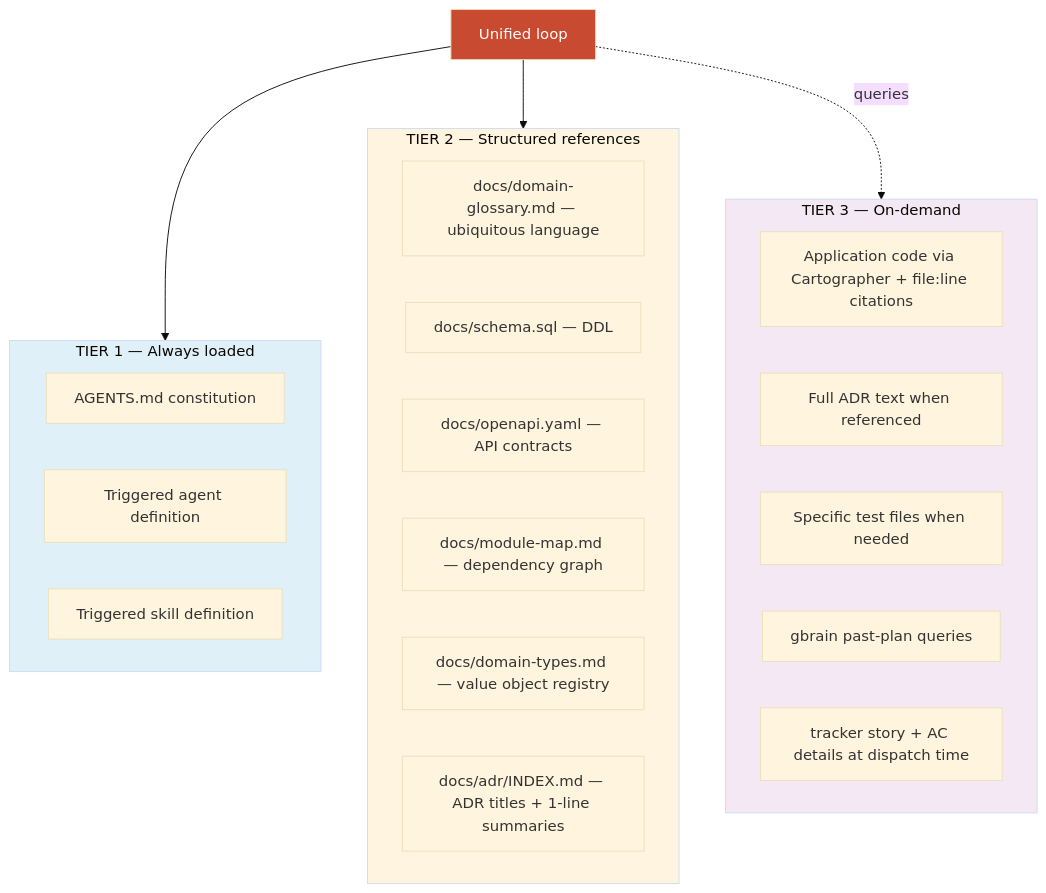
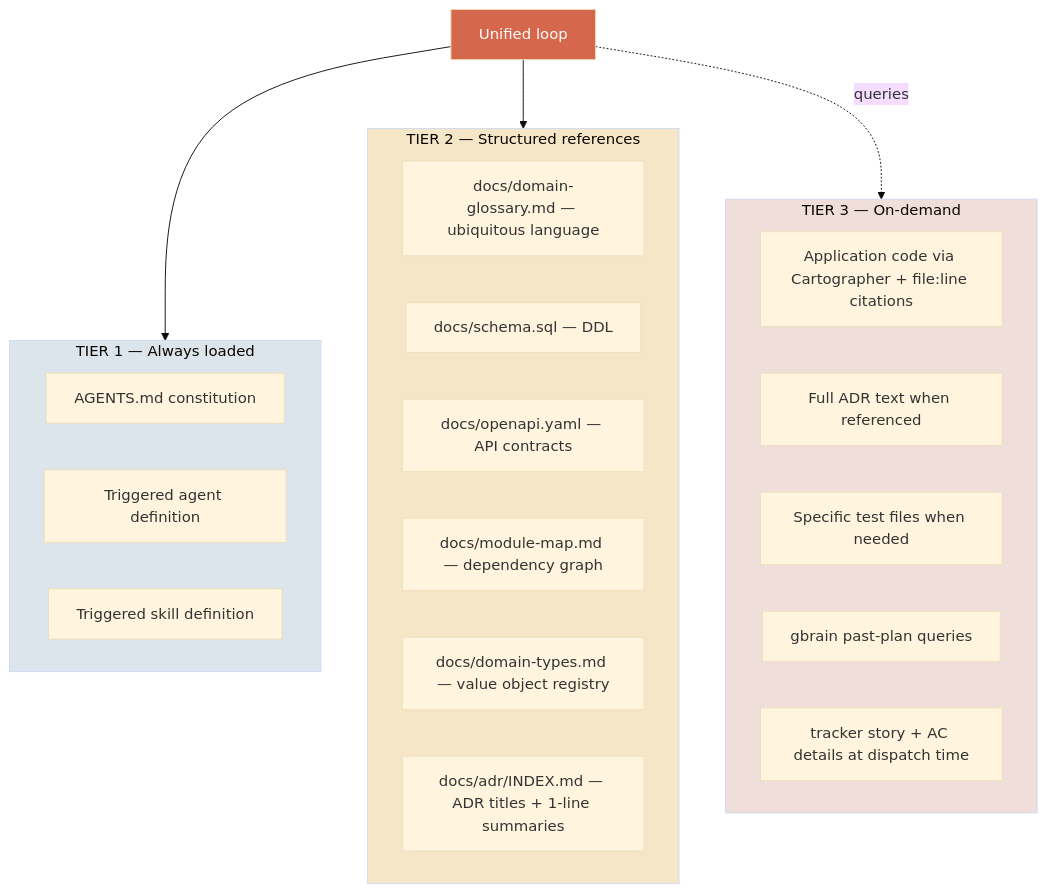
Diagram 16 of 17 in METHOD.md (nlawstudio/ai-refinement-method), drawn with Mermaid (base theme) before and after one commit. The commit also changed other lines of this file and 1 other file, not shown here.

````diff
--- a/METHOD.md
+++ b/METHOD.md
@@ -1214,34 +1235,34 @@
 ```mermaid
 flowchart TB
     subgraph Always["TIER 1 — Always loaded"]
         A1[AGENTS.md constitution]
         A2[Triggered agent definition]
         A3[Triggered skill definition]
     end
 
     subgraph Structured["TIER 2 — Structured references"]
         S0[docs/domain-glossary.md — ubiquitous language]
         S1[docs/schema.sql — DDL]
         S2[docs/openapi.yaml — API contracts]
         S3[docs/module-map.md — dependency graph]
         S4[docs/domain-types.md — value object registry]
         S5[docs/adr/INDEX.md — ADR titles + 1-line summaries]
     end
 
     subgraph OnDemand["TIER 3 — On-demand"]
         O1[Application code via Cartographer + file:line citations]
         O2[Full ADR text when referenced]
         O3[Specific test files when needed]
         O4[gbrain past-plan queries]
         O5[tracker story + AC details at dispatch time]
     end
 
     Loop[Unified loop] --> Always
     Loop --> Structured
     Loop -.queries.-> OnDemand
 
-    style Loop fill:#C84B31,color:#fff
-    style Always fill:#e0f0f8
-    style Structured fill:#fff4e0
-    style OnDemand fill:#f4e8f4
+    style Loop fill:#D5674C,color:#fff
+    style Always fill:#DCE4EC
+    style Structured fill:#F4E6C6
+    style OnDemand fill:#EFDED9
 ```
````
